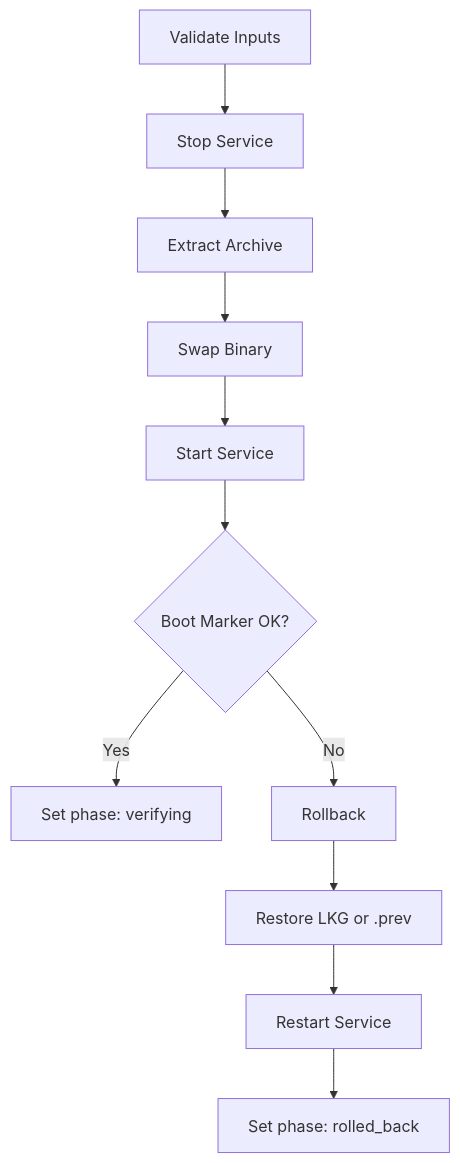
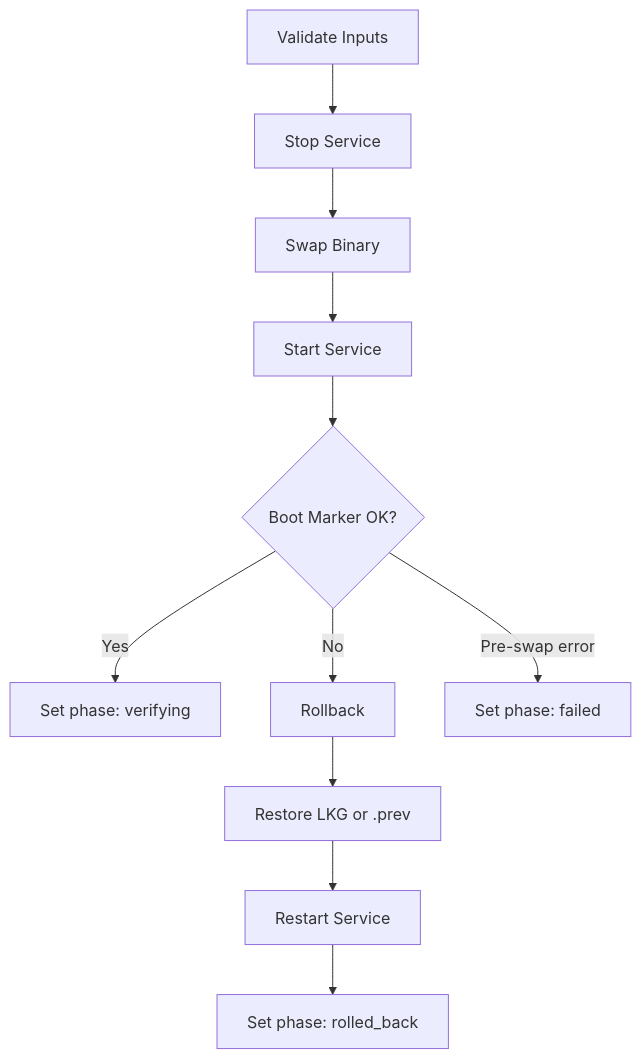
The diagram in clients/openframe-client/src/platform/update_scripts/.windows.md (flamingo-stack/openframe-oss-lib), drawn with Mermaid before and after one commit. The commit also changed other lines of this file and 10 other files, not shown here.

````diff
--- a/clients/openframe-client/src/platform/update_scripts/.windows.md
+++ b/clients/openframe-client/src/platform/update_scripts/.windows.md
@@ -46,13 +46,13 @@
 ```mermaid
 graph TD
     A[Validate Inputs] --> B[Stop Service]
-    B --> C[Extract Archive]
-    C --> D[Swap Binary]
+    B --> D[Swap Binary]
     D --> E[Start Service]
     E --> F{Boot Marker OK?}
     F -->|Yes| G[Set phase: verifying]
     F -->|No| H[Rollback]
     H --> I[Restore LKG or .prev]
     I --> J[Restart Service]
     J --> K[Set phase: rolled_back]
+    F -->|Pre-swap error| L[Set phase: failed]
 ```
````
